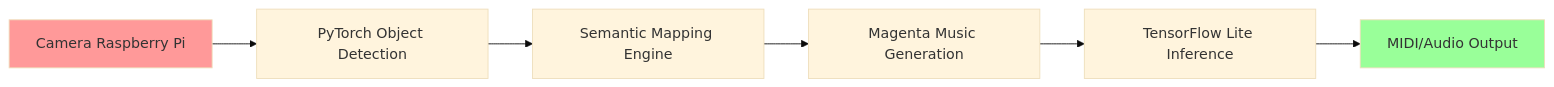
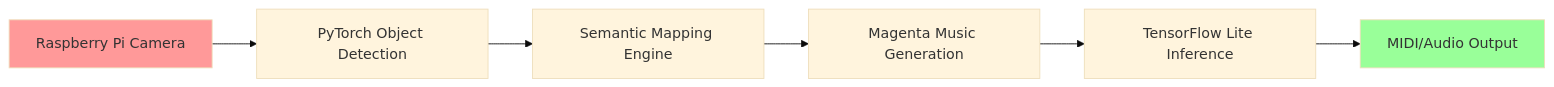
One commit to ninuxi/ai-audio-vision-lab changed the diagram in README.md. Above: the diagram before and after it, drawn with Mermaid (base theme). The commit also changed other lines of this file, not shown here.

````diff
--- a/README.md
+++ b/README.md
@@ -27,11 +27,11 @@
 ```mermaid
 graph LR
-    A[Camera Raspberry Pi] --> B[PyTorch Object Detection]
+    A[Raspberry Pi Camera] --> B[PyTorch Object Detection]
     B --> C[Semantic Mapping Engine]
     C --> D[Magenta Music Generation]
     D --> E[TensorFlow Lite Inference]
     E --> F[MIDI/Audio Output]
     
     style A fill:#ff9999
     style F fill:#99ff99
 ```
````
